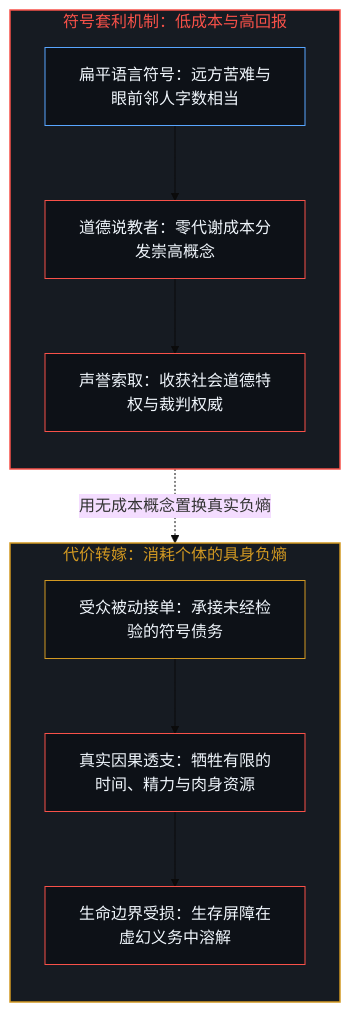
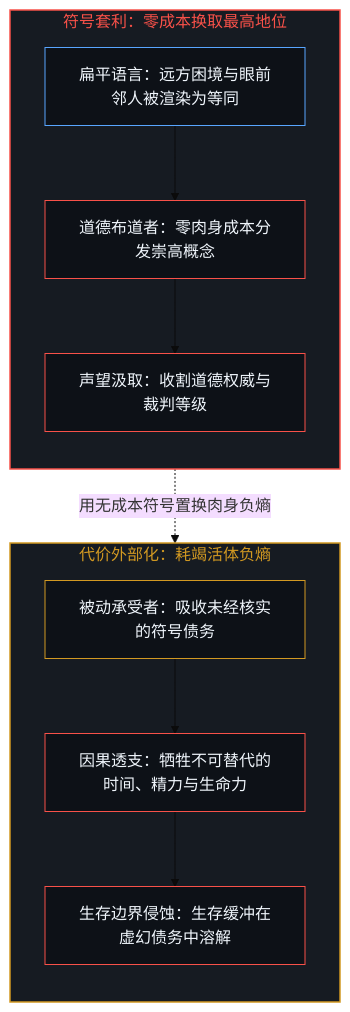
The seventh of 8 diagrams in content/posts/abstract-pain-and-living-hunger.md (powerpig99/not-a-toe), drawn with Mermaid (base theme) before and after one commit. The commit also changed other lines of this file and 7 other files, not shown here.

````diff
--- a/content/posts/abstract-pain-and-living-hunger.md
+++ b/content/posts/abstract-pain-and-living-hunger.md
@@ -217,26 +217,26 @@
 ```mermaid
 flowchart TD
-    subgraph S_Arbitrage["符号套利机制：低成本与高回报"]
+    subgraph S_Arbitrage["符号套利：零成本换取最高地位"]
         direction TB
-        R1["扁平语言符号：远方苦难与眼前邻人字数相当"]
-        R2["道德说教者：零代谢成本分发崇高概念"]
-        R3["声誉索取：收获社会道德特权与裁判权威"]
+        R1["扁平语言：远方困境与眼前邻人被渲染为等同"]
+        R2["道德布道者：零肉身成本分发崇高概念"]
+        R3["声望汲取：收割道德权威与裁判等级"]
     end
-    subgraph S_Extraction["代价转嫁：消耗个体的具身负熵"]
+    subgraph S_Extraction["代价外部化：耗竭活体负熵"]
         direction TB
-        E1["受众被动接单：承接未经检验的符号债务"]
-        E2["真实因果透支：牺牲有限的时间、精力与肉身资源"]
-        E3["生命边界受损：生存屏障在虚幻义务中溶解"]
+        E1["被动承受者：吸收未经核实的符号债务"]
+        E2["因果透支：牺牲不可替代的时间、精力与生命力"]
+        E3["生存边界侵蚀：生存缓冲在虚幻债务中溶解"]
     end
     R1 --> R2 --> R3
     E1 --> E2 --> E3
-    R2 -. "用无成本概念置换真实负熵" .-> E2
+    R2 -. "用无成本符号置换肉身负熵" .-> E2
     style S_Arbitrage fill:#161b22,stroke:#f85149,stroke-width:1.5px,color:#f85149
     style S_Extraction fill:#161b22,stroke:#d29922,stroke-width:1.5px,color:#d29922
     style R1 fill:#0d1117,stroke:#58a6ff,stroke-width:1px,color:#f0f6fc
     style R2 fill:#0d1117,stroke:#f85149,stroke-width:1px,color:#f0f6fc
     style R3 fill:#0d1117,stroke:#f85149,stroke-width:1px,color:#f0f6fc
     style E1 fill:#0d1117,stroke:#d29922,stroke-width:1px,color:#f0f6fc
     style E2 fill:#0d1117,stroke:#f85149,stroke-width:1px,color:#f0f6fc
     style E3 fill:#0d1117,stroke:#f85149,stroke-width:1px,color:#f0f6fc
 ```
````
